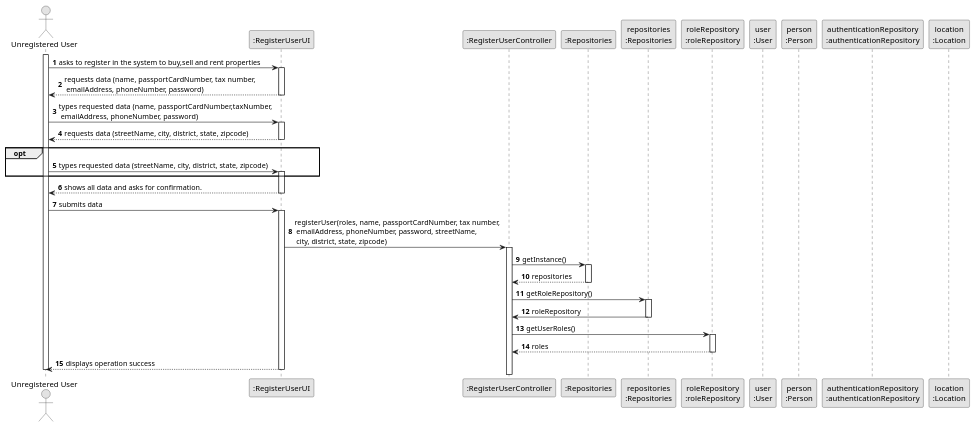
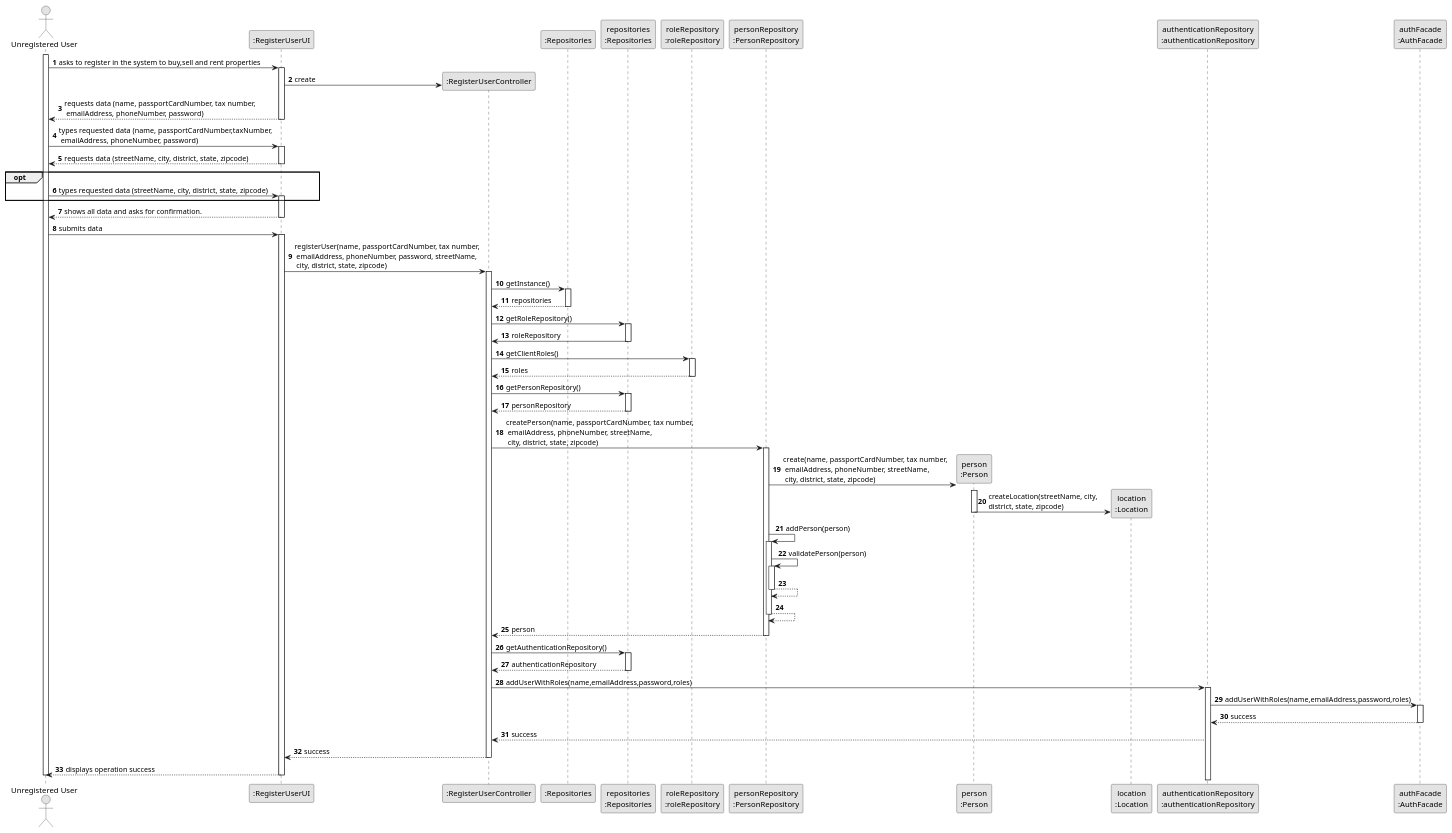
The diagram in docs/sprintB/us007/03.design/puml/us007-sequence-diagram-split.puml (rita-barbosa/LAPR2-2223), drawn with PlantUML before and after one commit.

Commit message:
Update sequence diagram [US007][Design]

```diff
--- a/docs/sprintB/us007/03.design/puml/us007-sequence-diagram-split.puml
+++ b/docs/sprintB/us007/03.design/puml/us007-sequence-diagram-split.puml
@@ -1,75 +1,129 @@
 @startuml
 skinparam monochrome true
 skinparam packageStyle rectangle
 skinparam shadowing false
 
 autonumber
 
 'hide footbox
 actor "Unregistered User" as ADM
 participant ":RegisterUserUI" as UI
 participant ":RegisterUserController" as CTRL
 participant ":Repositories" as RepositorySingleton
 participant "repositories\n:Repositories" as PLAT
 participant "roleRepository\n:roleRepository" as RoleRepository
-participant "user\n:User" as USER
+participant "personRepository\n:PersonRepository" as PERSONREP
 participant "person\n:Person" as PERSON
+participant "location\n:Location" as LOCATION
 participant "authenticationRepository\n:authenticationRepository" as AUTHREP
-participant "location\n:Location" as LOCATION
+participant "authFacade\n:AuthFacade"  as AUTHFACADE
+
 
 
 activate ADM
 
     ADM -> UI : asks to register in the system to buy,sell and rent properties
     activate UI
+
+    UI -> CTRL**: create
 
     UI --> ADM : requests data (name, passportCardNumber, tax number,\n emailAddress, phoneNumber, password)
     deactivate UI
 
     ADM -> UI : types requested data (name, passportCardNumber,taxNumber,\n emailAddress, phoneNumber, password)
     activate UI
 
     UI --> ADM : requests data (streetName, city, district, state, zipcode)
     deactivate UI
 
     opt
     ADM -> UI : types requested data (streetName, city, district, state, zipcode)
     activate UI
     end opt
 
     UI --> ADM : shows all data and asks for confirmation.
     deactivate UI
 
     ADM -> UI : submits data
     activate UI
 
-    UI -> CTRL : registerUser(roles, name, passportCardNumber, tax number,\n emailAddress, phoneNumber, password, streetName,\n city, district, state, zipcode)
+    UI -> CTRL : registerUser(name, passportCardNumber, tax number,\n emailAddress, phoneNumber, password, streetName,\n city, district, state, zipcode)
     activate CTRL
 
     CTRL -> RepositorySingleton : getInstance()
             activate RepositorySingleton
 
                 RepositorySingleton --> CTRL: repositories
             deactivate RepositorySingleton
 
             CTRL -> PLAT : getRoleRepository()
             activate PLAT
 
                 PLAT -> CTRL : roleRepository
             deactivate PLAT
 
-            CTRL -> RoleRepository : getUserRoles()
+
+            CTRL -> RoleRepository : getClientRoles()
             activate RoleRepository
 
                 RoleRepository --> CTRL : roles
             deactivate RoleRepository
 
+            CTRL -> PLAT : getPersonRepository()
+            activate PLAT
+
+            PLAT --> CTRL : personRepository
+            deactivate PLAT
+
+            CTRL -> PERSONREP : createPerson(name, passportCardNumber, tax number,\n emailAddress, phoneNumber, streetName,\n city, district, state, zipcode)
+           activate PERSONREP
+
+            PERSONREP -> PERSON** : create(name, passportCardNumber, tax number,\n emailAddress, phoneNumber, streetName,\n city, district, state, zipcode)
+            activate PERSON
+
+            PERSON -> LOCATION** : createLocation(streetName, city, \ndistrict, state, zipcode)
+            deactivate PERSON
+
+            PERSONREP -> PERSONREP: addPerson(person)
+            activate PERSONREP
+
+                PERSONREP -> PERSONREP: validatePerson(person)
+                activate PERSONREP
+
+                PERSONREP --> PERSONREP :
+                deactivate PERSONREP
+
+            PERSONREP --> PERSONREP :
+            deactivate PERSONREP
+
+            PERSONREP --> CTRL : person
+            deactivate PERSONREP
+
+            CTRL -> PLAT : getAuthenticationRepository()
+            activate PLAT
+
+            PLAT --> CTRL: authenticationRepository
+            deactivate PLAT
+
+            CTRL -> AUTHREP : addUserWithRoles(name,emailAddress,password,roles)
+            activate AUTHREP
+
+            AUTHREP -> AUTHFACADE: addUserWithRoles(name,emailAddress,password,roles)
+            activate AUTHFACADE
+
+            AUTHFACADE --> AUTHREP: success
+            deactivate AUTHFACADE
+
+            AUTHREP --> CTRL : success
+
+            CTRL --> UI :success
+            deactivate CTRL
 
     UI --> ADM : displays operation success
     deactivate UI
 
 
 
 deactivate ADM
 
 @enduml
```
